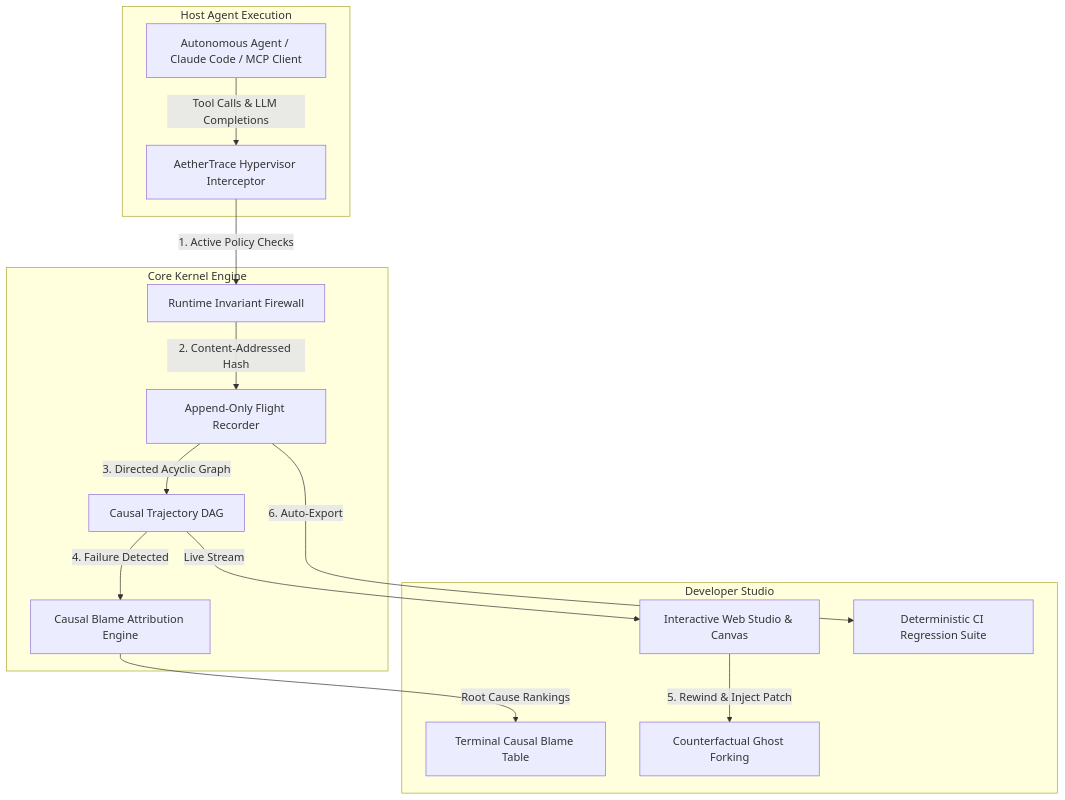
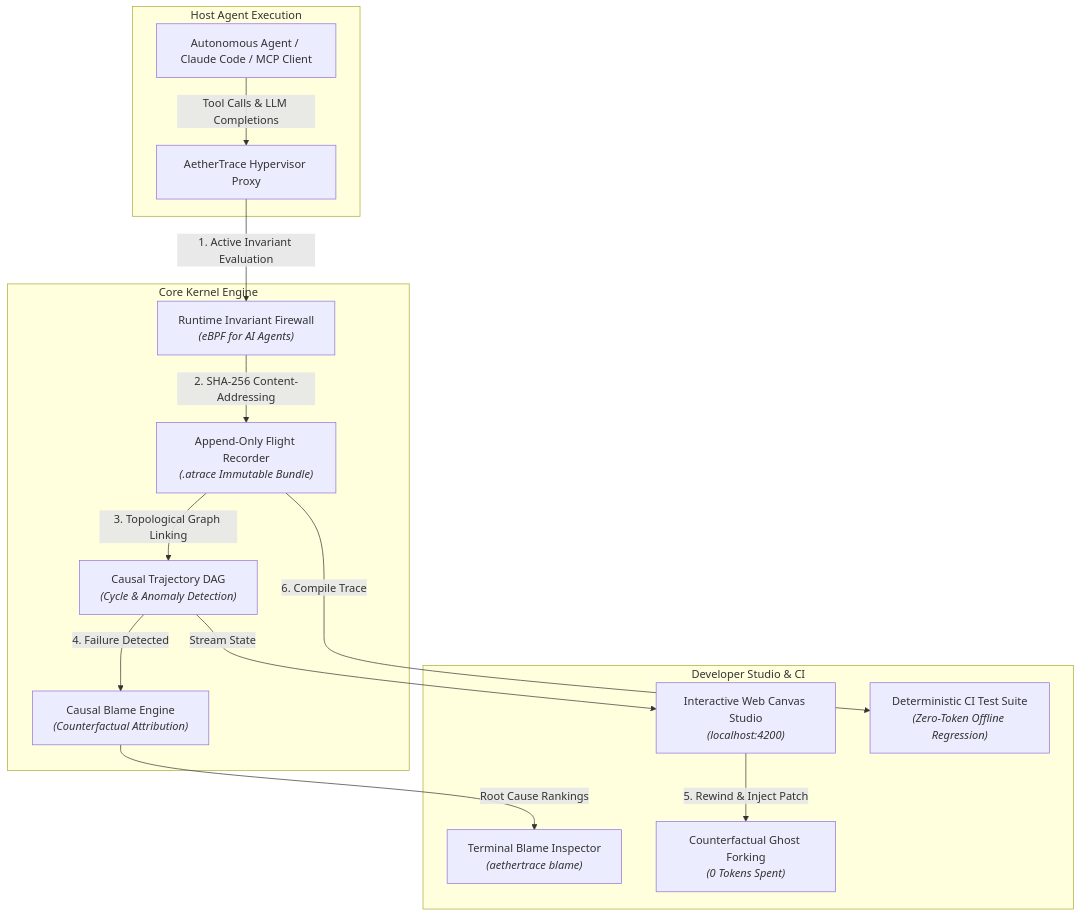
Before and after one commit to Imganeshbro/aethertrace: the diagram in README.md, drawn with Mermaid. The commit also changed other lines of this file and 3 other files, not shown here.

Commit message:
docs: enhance README with hero banner, visual studio and CLI screenshots, and comparative matrices

````diff
--- a/README.md
+++ b/README.md
@@ -32,20 +79,20 @@
 ```mermaid
 flowchart TD
     subgraph Host Agent Execution
-        Agent[Autonomous Agent / Claude Code / MCP Client] -->|Tool Calls & LLM Completions| Proxy[AetherTrace Hypervisor Interceptor]
+        Agent["Autonomous Agent / Claude Code / MCP Client"] -->|"Tool Calls & LLM Completions"| Proxy["AetherTrace Hypervisor Proxy"]
     end
 
     subgraph Core Kernel Engine
-        Proxy -->|1. Active Policy Checks| FW[Runtime Invariant Firewall]
-        FW -->|2. Content-Addressed Hash| REC[Append-Only Flight Recorder]
-        REC -->|3. Directed Acyclic Graph| DAG[Causal Trajectory DAG]
-        DAG -->|4. Failure Detected| BLAME[Causal Blame Attribution Engine]
+        Proxy -->|"1. Active Invariant Evaluation"| FW["Runtime Invariant Firewall<br/><i>(eBPF for AI Agents)</i>"]
+        FW -->|"2. SHA-256 Content-Addressing"| REC["Append-Only Flight Recorder<br/><i>(.atrace Immutable Bundle)</i>"]
+        REC -->|"3. Topological Graph Linking"| DAG["Causal Trajectory DAG<br/><i>(Cycle & Anomaly Detection)</i>"]
+        DAG -->|"4. Failure Detected"| BLAME["Causal Blame Engine<br/><i>(Counterfactual Attribution)</i>"]
     end
 
-    subgraph Developer Studio
-        DAG -->|Live Stream| UI[Interactive Web Studio & Canvas]
-        BLAME -->|Root Cause Rankings| CLI[Terminal Causal Blame Table]
-        UI -->|5. Rewind & Inject Patch| TT[Counterfactual Ghost Forking]
-        REC -->|6. Auto-Export| CI[Deterministic CI Regression Suite]
+    subgraph Developer Studio & CI
+        DAG -->|"Stream State"| UI["Interactive Web Canvas Studio<br/><i>(localhost:4200)</i>"]
+        BLAME -->|"Root Cause Rankings"| CLI["Terminal Blame Inspector<br/><i>(aethertrace blame)</i>"]
+        UI -->|"5. Rewind & Inject Patch"| TT["Counterfactual Ghost Forking<br/><i>(0 Tokens Spent)</i>"]
+        REC -->|"6. Compile Trace"| CI["Deterministic CI Test Suite<br/><i>(Zero-Token Offline Regression)</i>"]
     end
 ```
````
